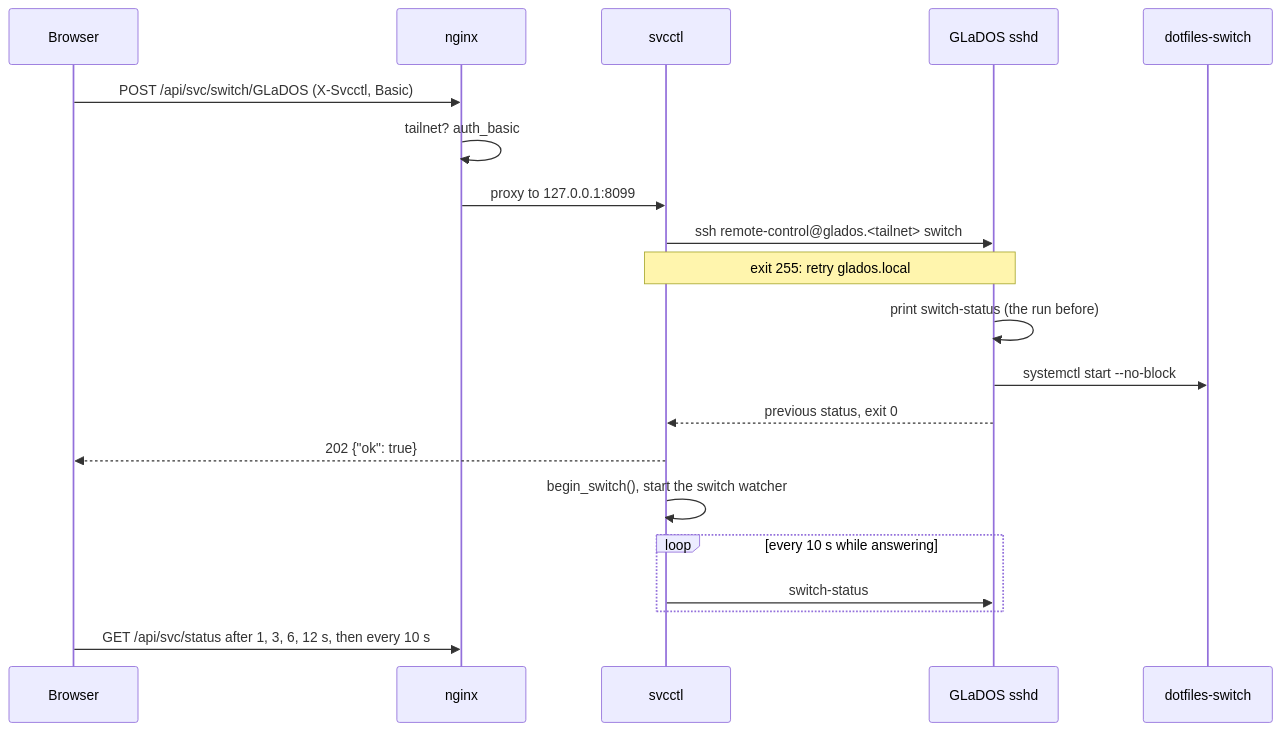
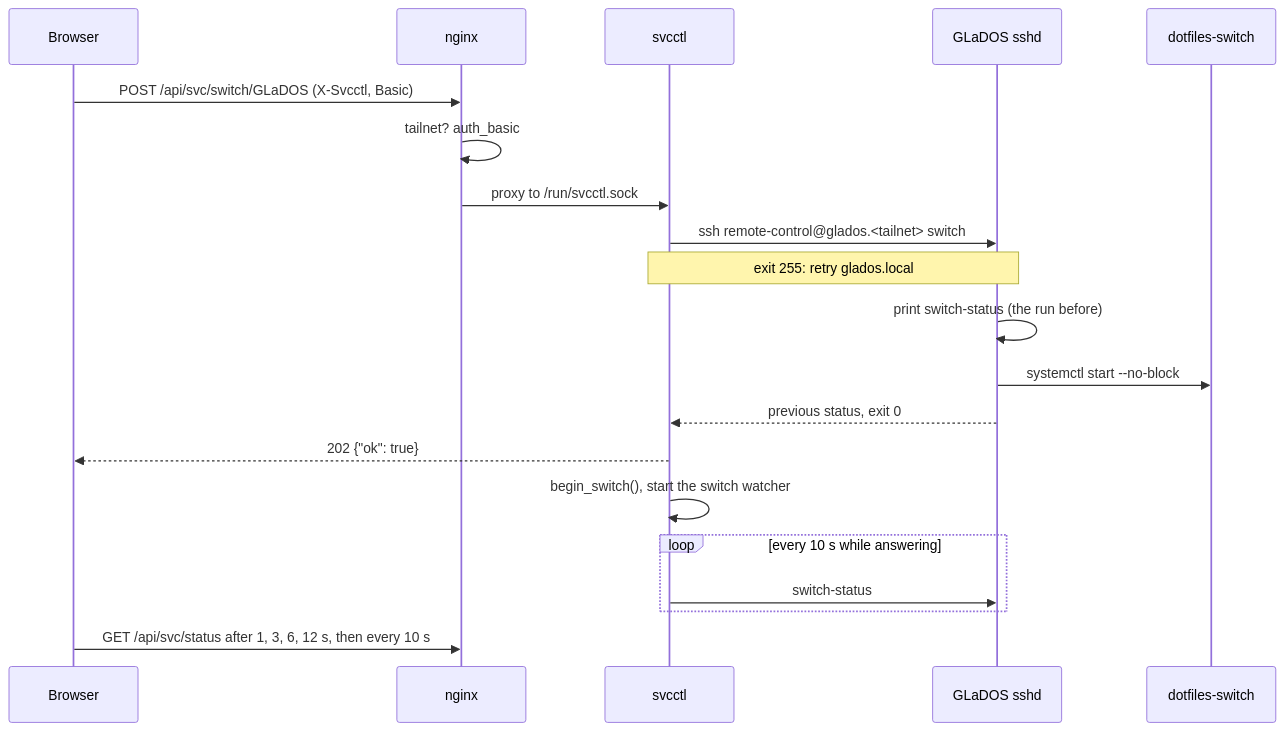
Before and after one commit to eliseuv/dotfiles: the second of 2 diagrams in docs/svcctl.md, drawn with Mermaid. The commit also changed other lines of this file and 3 other files, not shown here.

````diff
--- a/docs/svcctl.md
+++ b/docs/svcctl.md
@@ -279,22 +280,22 @@
 ```mermaid
 sequenceDiagram
   participant B as Browser
   participant N as nginx
   participant S as svcctl
   participant H as GLaDOS sshd
   participant U as dotfiles-switch
   B->>N: POST /api/svc/switch/GLaDOS (X-Svcctl, Basic)
   N->>N: tailnet? auth_basic
-  N->>S: proxy to 127.0.0.1:8099
+  N->>S: proxy to /run/svcctl.sock
   S->>H: ssh remote-control@glados.<tailnet> switch
   Note over S,H: exit 255: retry glados.local
   H->>H: print switch-status (the run before)
   H->>U: systemctl start --no-block
   H-->>S: previous status, exit 0
   S-->>B: 202 {"ok": true}
   S->>S: begin_switch(), start the switch watcher
   loop every 10 s while answering
     S->>H: switch-status
   end
   B->>N: GET /api/svc/status after 1, 3, 6, 12 s, then every 10 s
 ```
````
